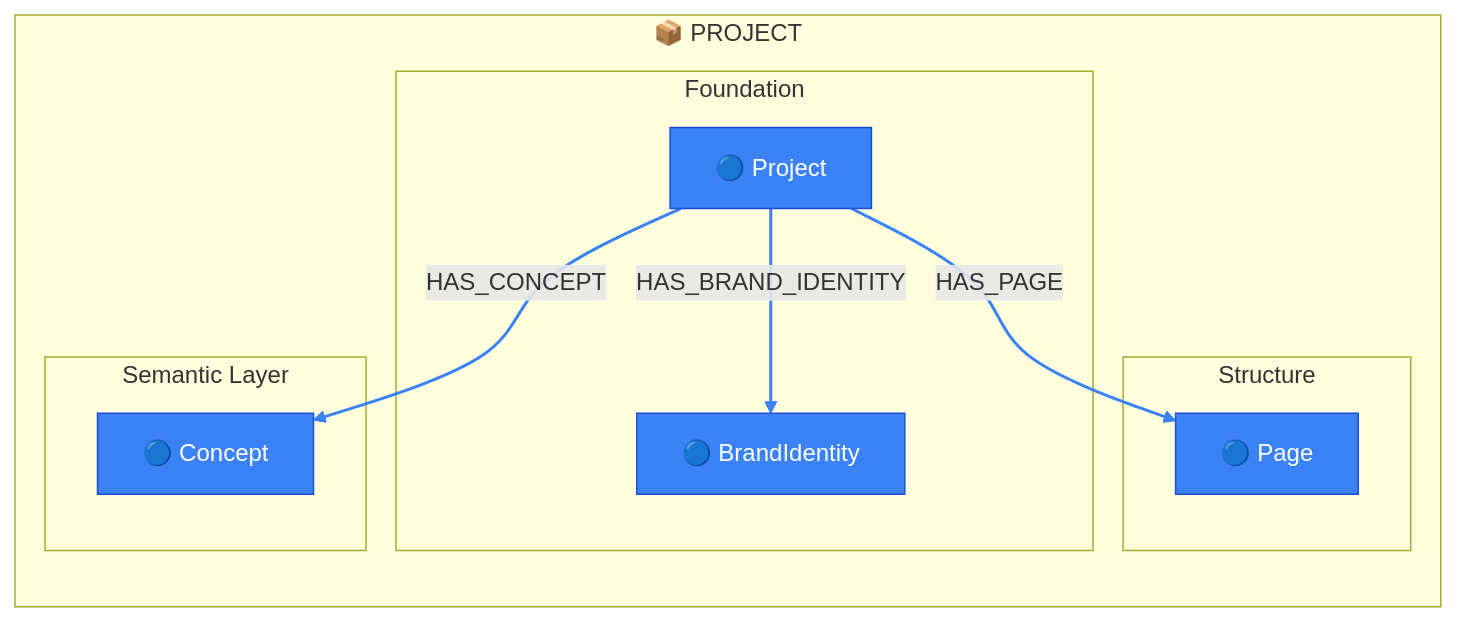
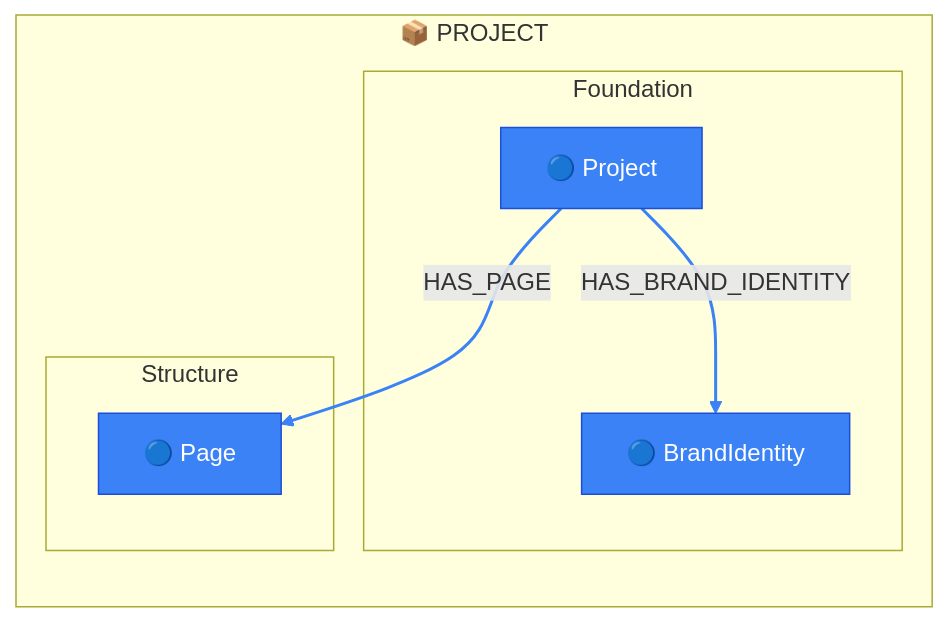
Before and after one commit to supernovae-st/novanet: the diagram in packages/core/models/docs/project-overview.md, drawn with Mermaid. The commit also changed 42 other files, not shown here.

First line of the commit message:
refactor(core): complete v10.3 Entity-Centric Architecture cleanup

````diff
--- a/packages/core/models/docs/project-overview.md
+++ b/packages/core/models/docs/project-overview.md
@@ -21,40 +21,35 @@
 ```mermaid
 flowchart TB
   %% View: Project Overview (project-overview)
-  %% 4 nodes, 3 edges
+  %% 3 nodes, 2 edges
 
   %% Trait styling (node_trait)
   classDef invariant fill:#3b82f6,stroke:#1d4ed8,color:#fff
   classDef localized fill:#22c55e,stroke:#16a34a,color:#fff
   classDef knowledge fill:#8b5cf6,stroke:#7c3aed,color:#fff
   classDef derived fill:#9ca3af,stroke:#6b7280,color:#fff
   classDef job fill:#6b7280,stroke:#4b5563,color:#fff
 
   subgraph PROJECT_REALM["📦 PROJECT"]
     direction TB
     subgraph PROJECT_foundation["Foundation"]
       BrandIdentity["🔵 BrandIdentity"]
       Project["🔵 Project"]
     end
     subgraph PROJECT_structure["Structure"]
       Page["🔵 Page"]
     end
-    subgraph PROJECT_semantic["Semantic Layer"]
-      Concept["🔵 Concept"]
-    end
   end
 
   %% Relationships (styled by arc family)
   Project -->|HAS_BRAND_IDENTITY| BrandIdentity
-  Project -->|HAS_CONCEPT| Concept
   Project -->|HAS_PAGE| Page
 
   %% Edge colors by family
-  linkStyle 0,1,2 stroke:#3b82f6,stroke-width:2px
+  linkStyle 0,1 stroke:#3b82f6,stroke-width:2px
 
   %% Class assignments
   class BrandIdentity invariant
-  class Concept invariant
   class Page invariant
   class Project invariant
 ```
````
